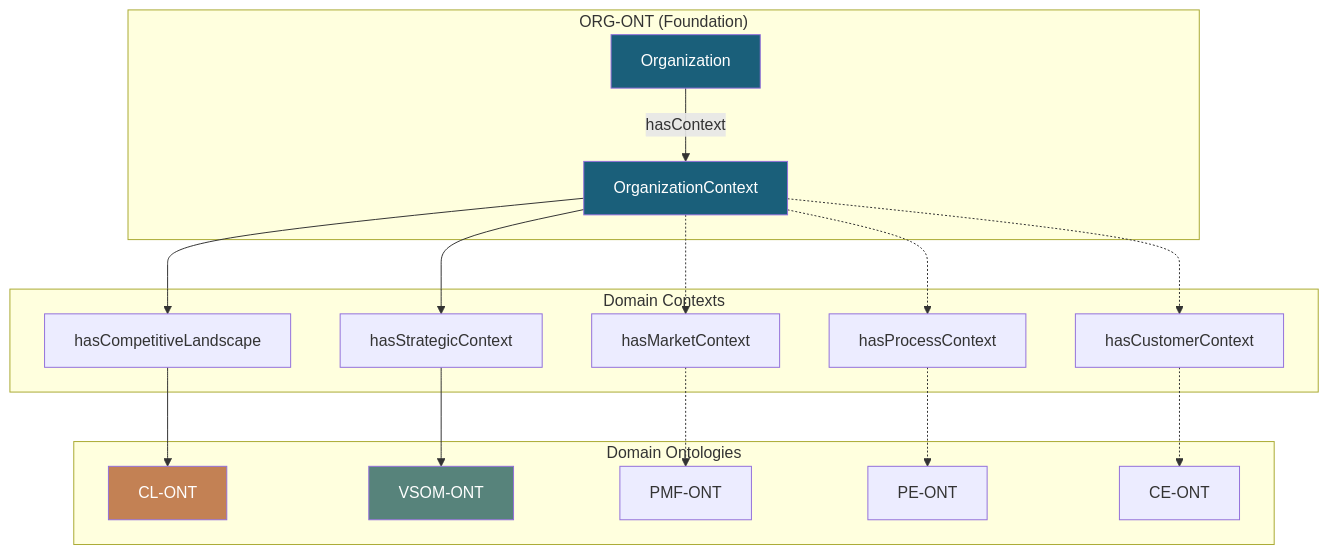
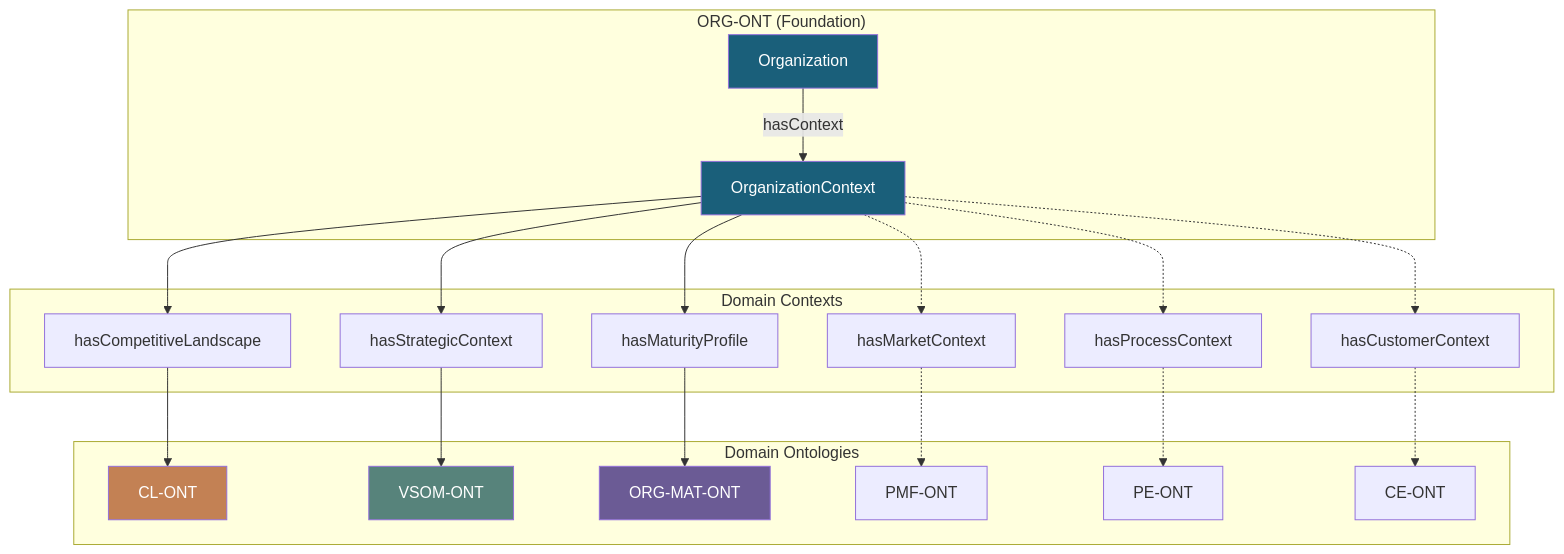
Before and after one commit to ajrmooreuk/Azlan-EA-AAA: the fourth of 6 diagrams in PBS/ONTOLOGIES/ONTOLOGY-ARCHITECTURE.md, drawn with Mermaid. The commit also changed other lines of this file and 3 other files, not shown here.

First line of the commit message:
Add ORG-MAT-ONT v1.0.0 - Organization Maturity ontology

````diff
--- a/PBS/ONTOLOGIES/ONTOLOGY-ARCHITECTURE.md
+++ b/PBS/ONTOLOGIES/ONTOLOGY-ARCHITECTURE.md
@@ -201,35 +225,39 @@
 ```mermaid
 graph TB
     subgraph "ORG-ONT (Foundation)"
         O[Organization]
         OC[OrganizationContext]
         O -->|hasContext| OC
     end
 
     subgraph "Domain Contexts"
         CL_B[hasCompetitiveLandscape]
         VS_B[hasStrategicContext]
+        MAT_B[hasMaturityProfile]
         PM_B[hasMarketContext]
         PE_B[hasProcessContext]
         CE_B[hasCustomerContext]
     end
 
     subgraph "Domain Ontologies"
         CL_O[CL-ONT]
         VS_O[VSOM-ONT]
+        MAT_O[ORG-MAT-ONT]
         PM_O[PMF-ONT]
         PE_O[PE-ONT]
         CE_O[CE-ONT]
     end
 
     OC --> CL_B --> CL_O
     OC --> VS_B --> VS_O
+    OC --> MAT_B --> MAT_O
     OC -.-> PM_B -.-> PM_O
     OC -.-> PE_B -.-> PE_O
     OC -.-> CE_B -.-> CE_O
 
     style O fill:#1a5f7a,color:#fff
     style OC fill:#1a5f7a,color:#fff
     style CL_O fill:#c38154,color:#fff
     style VS_O fill:#57837b,color:#fff
+    style MAT_O fill:#6b5b95,color:#fff
 ```
````
